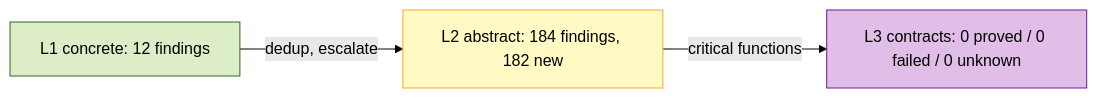
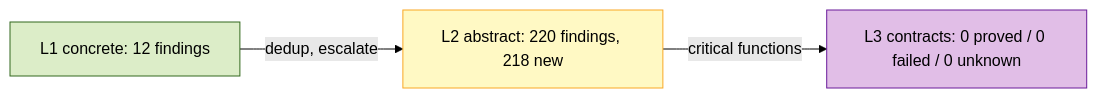
The first of 9 diagrams in reports/riantr_moonbit_static_analysis@latest_0.5.0.md (riantr/LunaFlow), drawn with Mermaid (forest theme) before and after one commit. The commit also changed other lines of this file and 18 other files, not shown here.

````diff
--- a/reports/riantr_moonbit_static_analysis@latest_0.5.0.md
+++ b/reports/riantr_moonbit_static_analysis@latest_0.5.0.md
@@ -48,11 +48,11 @@
 ```mermaid
 flowchart LR
   classDef l1 fill:#dcedc8,stroke:#33691e
   classDef l2 fill:#fff9c4,stroke:#f9a825
   classDef l3 fill:#e1bee7,stroke:#6a1b9a
   L1["L1 concrete: 12 findings"]:::l1
-  L2["L2 abstract: 184 findings, 182 new"]:::l2
+  L2["L2 abstract: 220 findings, 218 new"]:::l2
   L3["L3 contracts: 0 proved / 0 failed / 0 unknown"]:::l3
   L1 -->|"dedup, escalate"| L2
   L2 -->|"critical functions"| L3
 ```
````
